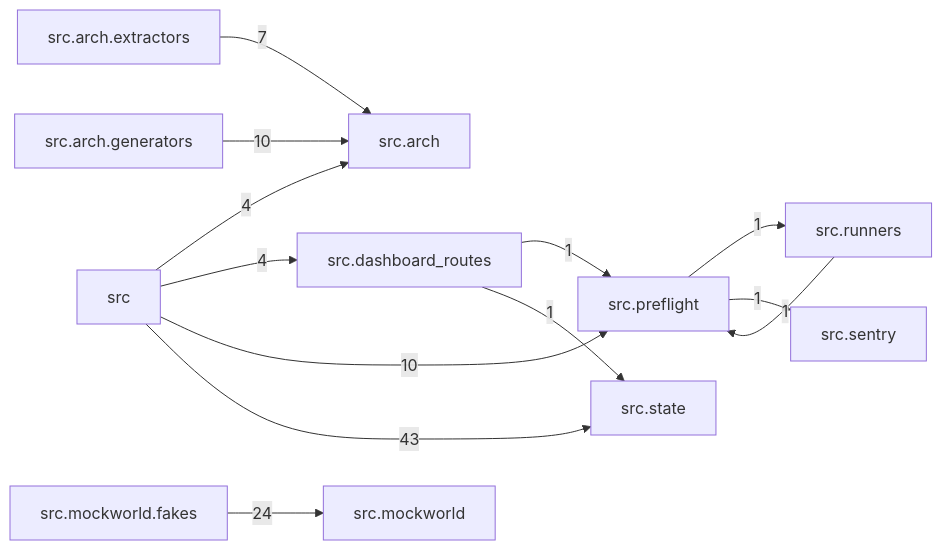
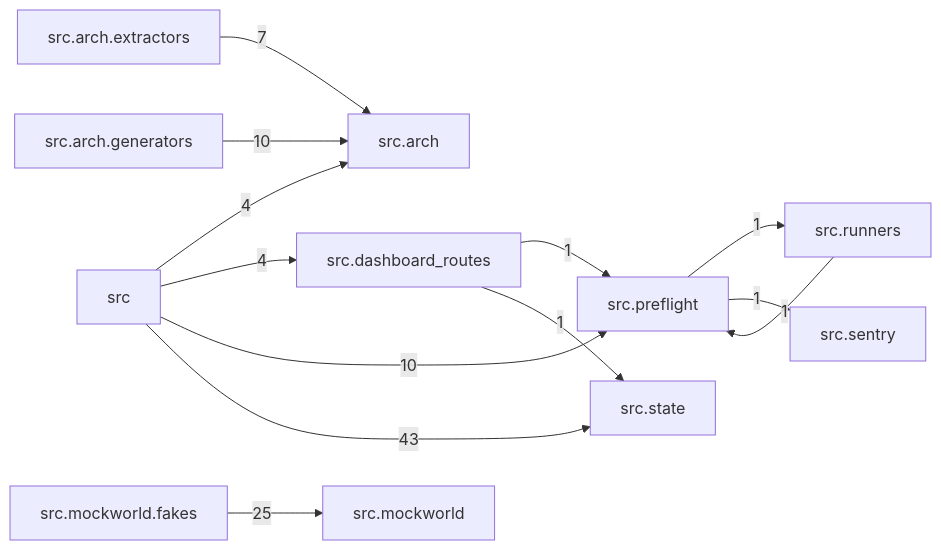
Before and after one commit to T-rav/hyrdaflow: the diagram in docs/arch/generated/modules.md, drawn with Mermaid. The commit also changed other lines of this file and 41 other files, not shown here.

````diff
--- a/docs/arch/generated/modules.md
+++ b/docs/arch/generated/modules.md
@@ -7,26 +7,26 @@
 ```mermaid
 graph LR
     src["src"]
     src_arch["src.arch"]
     src_arch_extractors["src.arch.extractors"]
     src_arch_generators["src.arch.generators"]
     src_dashboard_routes["src.dashboard_routes"]
     src_mockworld["src.mockworld"]
     src_mockworld_fakes["src.mockworld.fakes"]
     src_preflight["src.preflight"]
     src_runners["src.runners"]
     src_sentry["src.sentry"]
     src_state["src.state"]
     src -- "4" --> src_arch
     src -- "4" --> src_dashboard_routes
     src -- "10" --> src_preflight
     src -- "43" --> src_state
     src_arch_extractors -- "7" --> src_arch
     src_arch_generators -- "10" --> src_arch
     src_dashboard_routes -- "1" --> src_preflight
     src_dashboard_routes -- "1" --> src_state
-    src_mockworld_fakes -- "24" --> src_mockworld
+    src_mockworld_fakes -- "25" --> src_mockworld
     src_preflight -- "1" --> src_runners
     src_preflight -- "1" --> src_sentry
     src_runners -- "1" --> src_preflight
 ```
````
